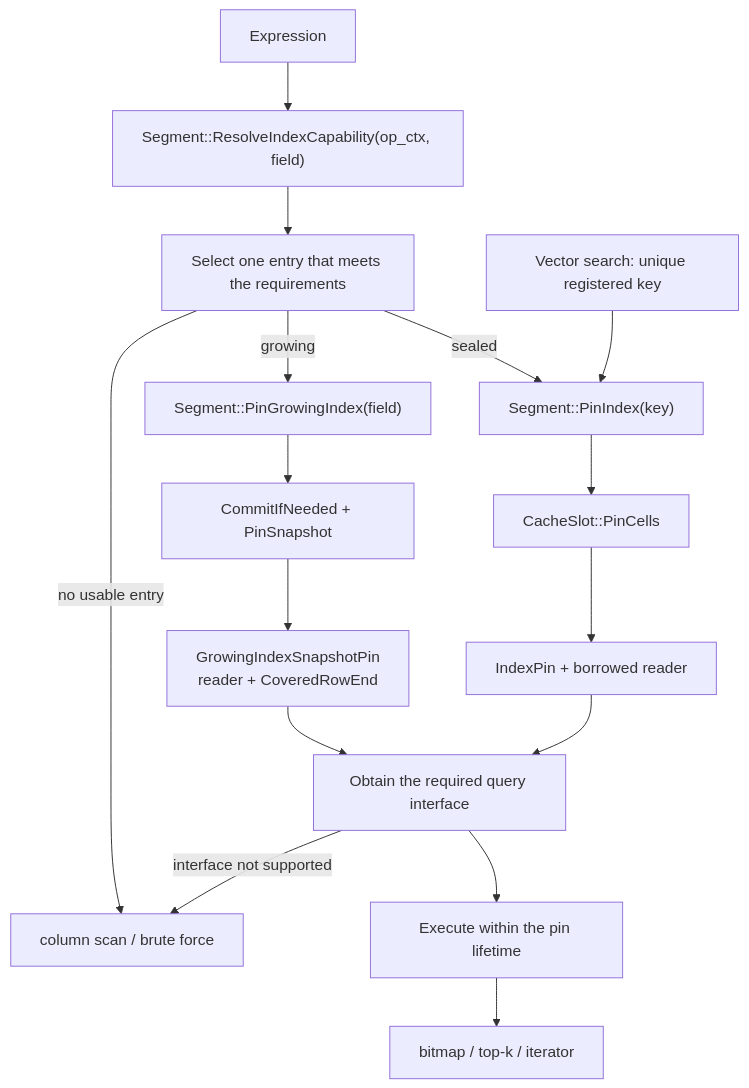
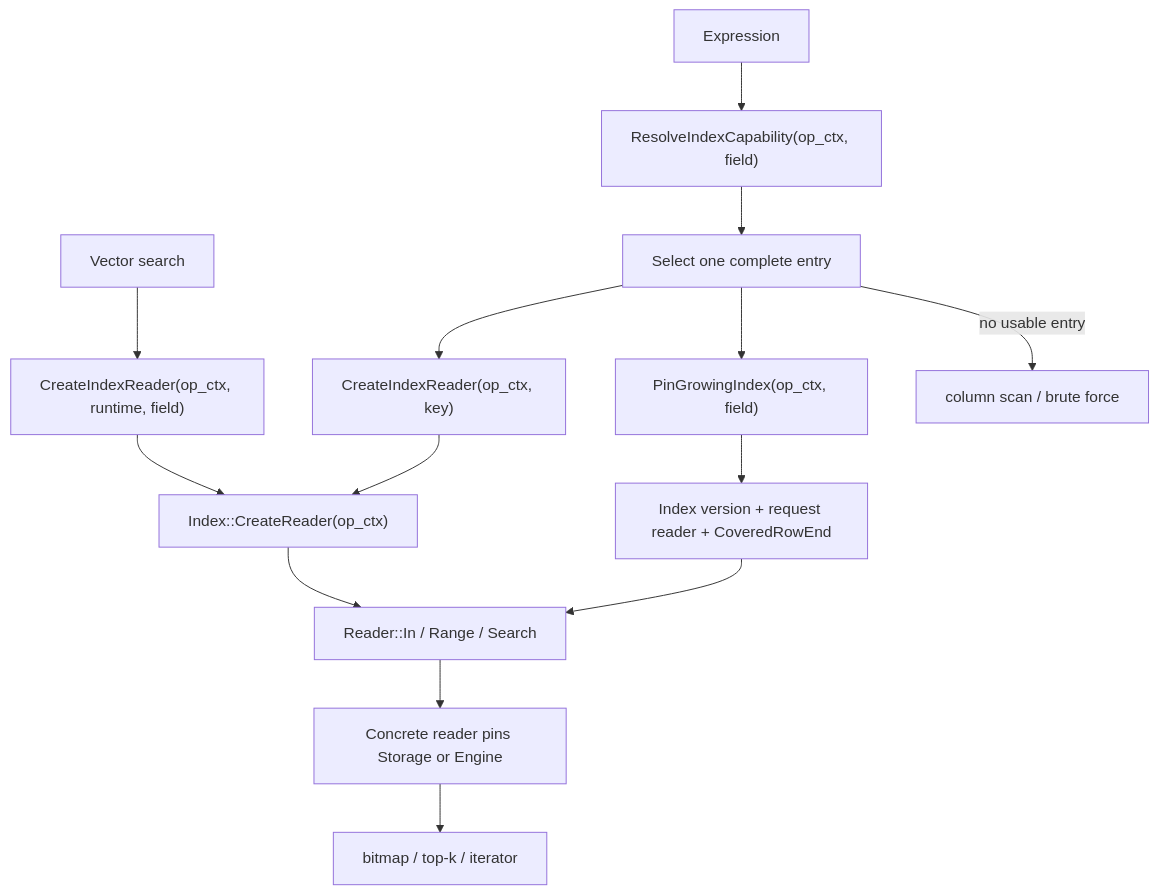
The second of 2 diagrams in internal/core/src/segcore/indexing/README.md (milvus-io/milvus), drawn with Mermaid before and after one commit. The commit also changed other lines of this file and 235 other files, not shown here.

First line of the commit message:
enhance: move index I/O behind request readers (#54955)

````diff
--- a/internal/core/src/segcore/indexing/README.md
+++ b/internal/core/src/segcore/indexing/README.md
@@ -106,22 +121,16 @@
 ```mermaid
 flowchart TB
-    query["Expression"] --> caps["Segment::ResolveIndexCapability(op_ctx, field)"]
-    caps --> select["Select one entry that meets the requirements"]
-
-    select -->|sealed| spin["Segment::PinIndex(key)"]
-    vector["Vector search: unique registered key"] --> spin
-    spin --> cells["CacheSlot::PinCells"]
-    cells --> indexpin["IndexPin + borrowed reader"]
-
-    select -->|growing| gpin["Segment::PinGrowingIndex(field)"]
-    gpin --> commit["CommitIfNeeded + PinSnapshot"]
-    commit --> snapshot["GrowingIndexSnapshotPin<br/>reader + CoveredRowEnd"]
-
-    indexpin --> cast["Obtain the required query interface"]
-    snapshot --> cast
-    cast --> execute["Execute within the pin lifetime"]
-    execute --> result["bitmap / top-k / iterator"]
-
+    query["Expression"] --> caps["ResolveIndexCapability(op_ctx, field)"]
+    caps --> select["Select one complete entry"]
+    select --> sealed["CreateIndexReader(op_ctx, key)"]
+    vector["Vector search"] --> vectorreader["CreateIndexReader(op_ctx, runtime, field)"]
+    vectorreader --> reader
+    sealed --> reader["Index::CreateReader(op_ctx)"]
+    reader --> execute["Reader::In / Range / Search"]
+    execute --> storage["Concrete reader pins Storage or Engine"]
+    storage --> result["bitmap / top-k / iterator"]
+    select --> growing["PinGrowingIndex(op_ctx, field)"]
+    growing --> snapshot["Index version + request reader + CoveredRowEnd"]
+    snapshot --> execute
     select -->|no usable entry| fallback["column scan / brute force"]
-    cast -->|interface not supported| fallback
 ```
````
